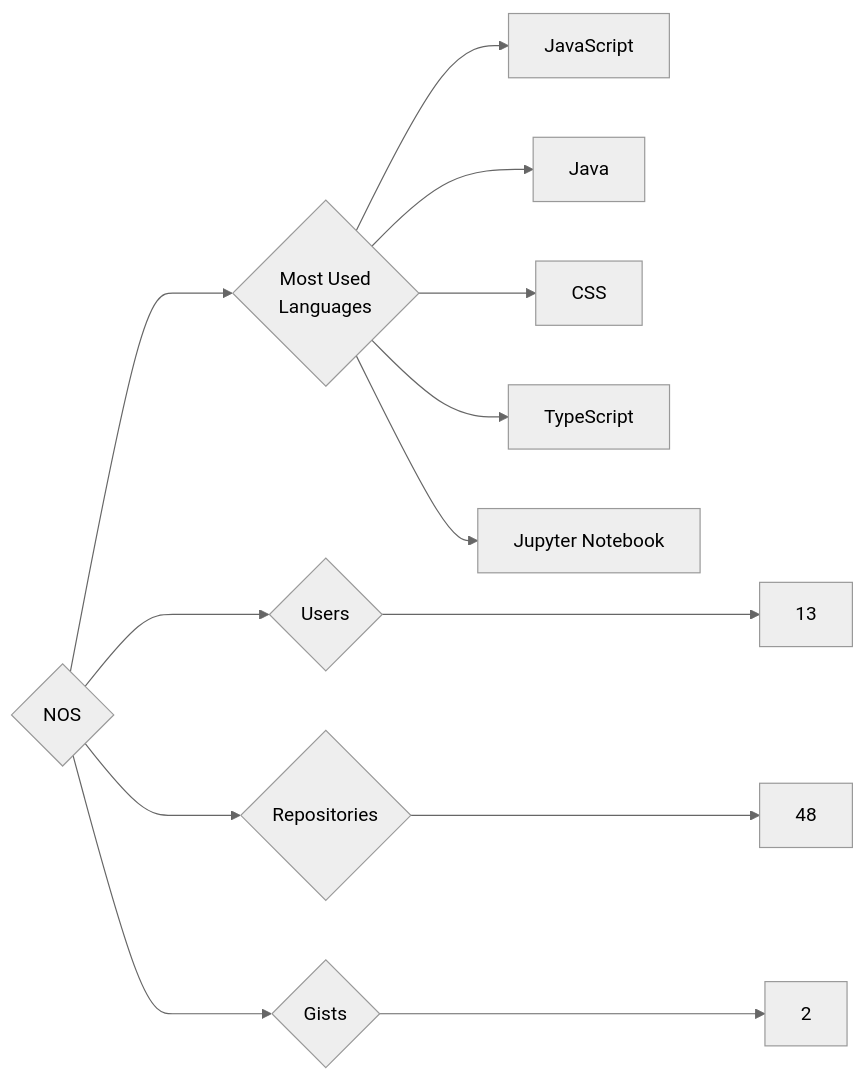
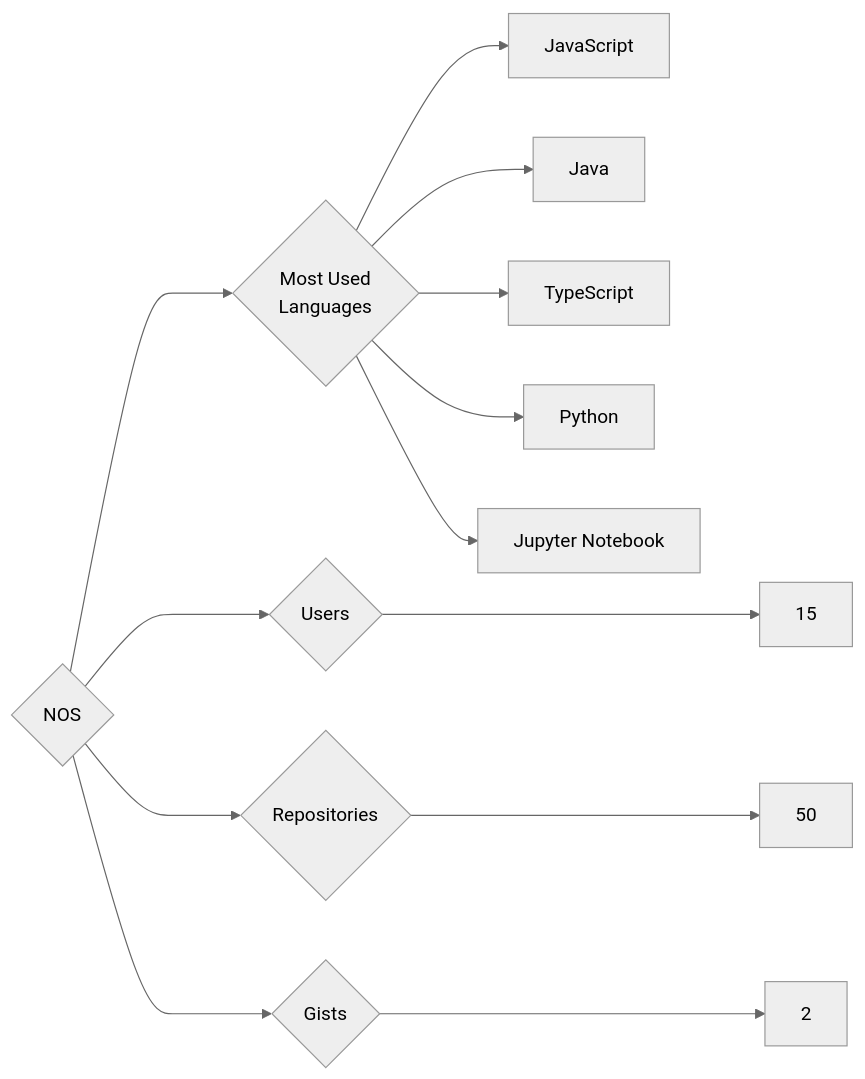
The diagram in targets/NOS/README.md (trickest/insiders), drawn with Mermaid (neutral theme) before and after one commit. The commit also changed 964 other files, not shown here.

````diff
--- a/targets/NOS/README.md
+++ b/targets/NOS/README.md
@@ -3,13 +3,13 @@
 ```mermaid
 graph LR
 COMPANY_NAME{NOS}
-COMPANY_NAME ---> U{Users} ---> UN[13]
-COMPANY_NAME ---> R{Repositories} ---> RN[48]
+COMPANY_NAME ---> U{Users} ---> UN[15]
+COMPANY_NAME ---> R{Repositories} ---> RN[50]
 COMPANY_NAME ---> G{Gists} ---> GN[2]
 COMPANY_NAME ---> ML{Most Used<br>Languages}
 ML --> JavaScript[JavaScript]
 ML --> Java[Java]
-ML --> CSS[CSS]
 ML --> TypeScript[TypeScript]
+ML --> Python[Python]
 ML --> Jupyter_Notebook[Jupyter Notebook]
 ```
````
